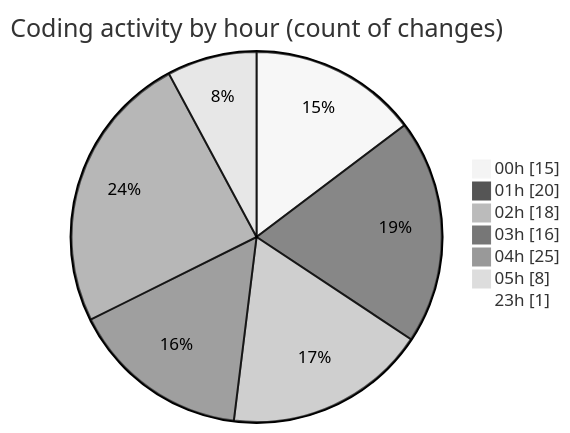
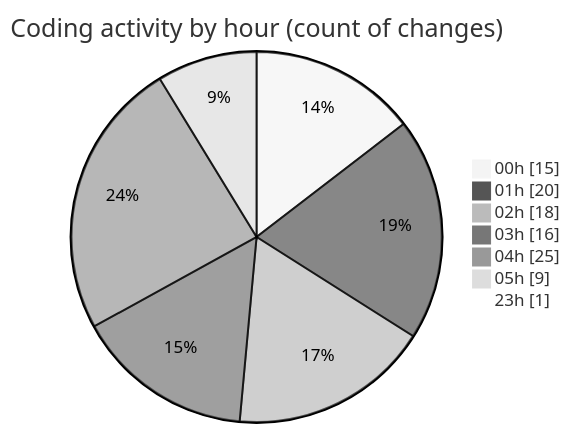
Before and after one commit to lephambinh05/code-tracking: the second of 2 diagrams in 2025-08-04/studybuddy/README.md, drawn with Mermaid (neutral theme). The commit also changed other lines of this file and 1 other file, not shown here.

````diff
--- a/2025-08-04/studybuddy/README.md
+++ b/2025-08-04/studybuddy/README.md
@@ -56,11 +56,11 @@
 ```mermaid
 pie showData
 title Coding activity by hour (count of changes)
 "00h" : 15
 "01h" : 20
 "02h" : 18
 "03h" : 16
 "04h" : 25
-"05h" : 8
+"05h" : 9
 "23h" : 1
 ```
````
